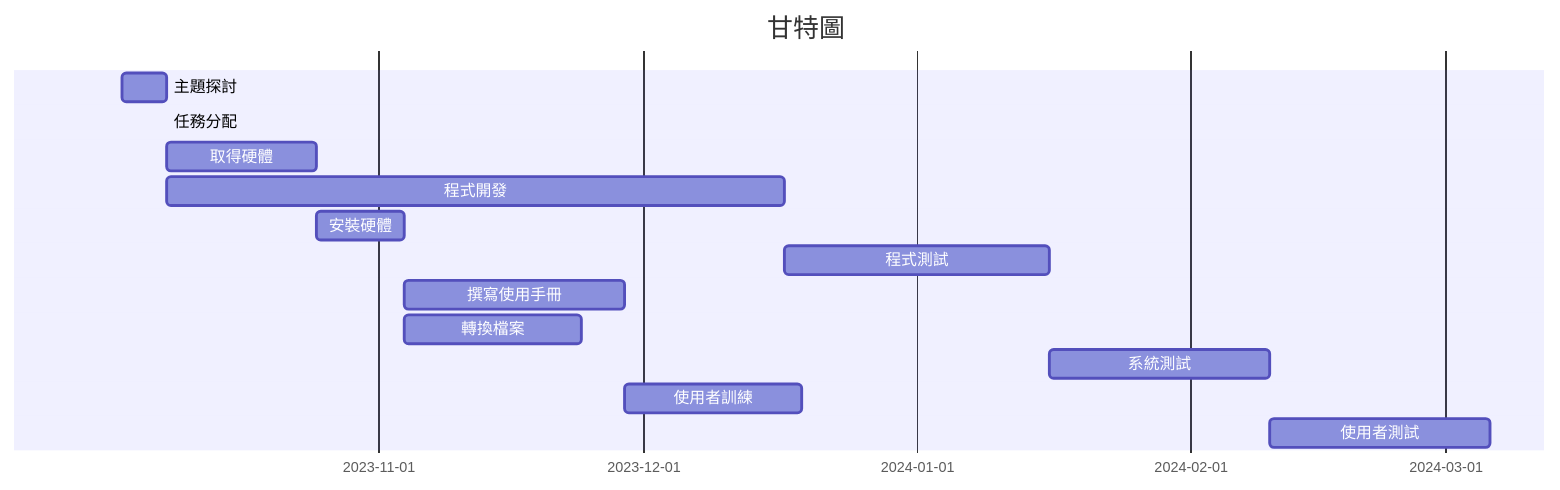
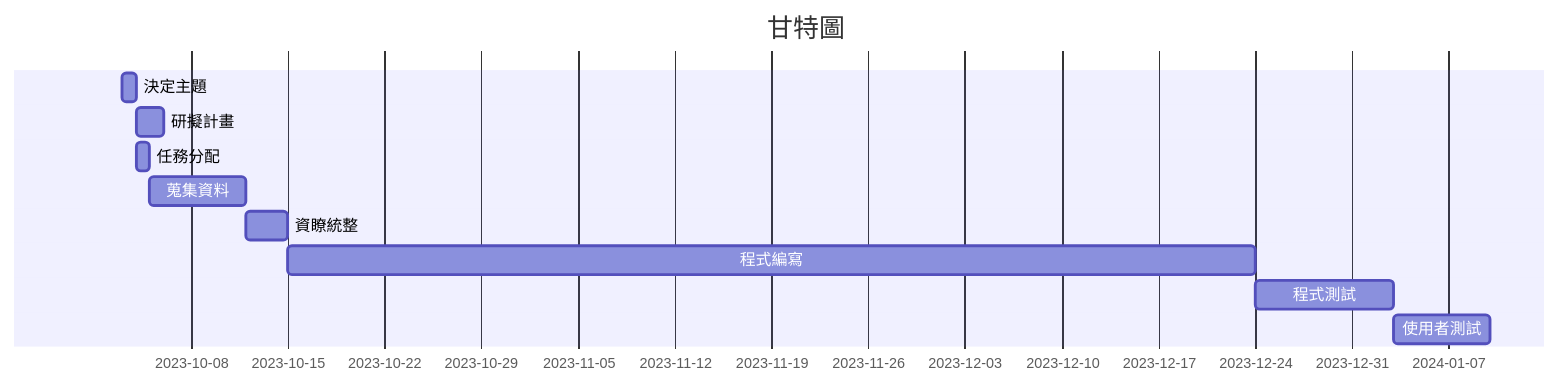
Before and after one commit to xitongfenxi/0926: the diagram in hw2.md, drawn with Mermaid. The commit also changed other lines of this file, not shown here.

````diff
--- a/hw2.md
+++ b/hw2.md
@@ -5,15 +15,12 @@
 ```mermaid
 gantt
     title 甘特圖
-　　主題探討     : a1 , 2023-10-03 , 5d
-    任務分配     : a2 , after a1 , ???d
-    取得硬體     : a3 , after a1 , 17d
-    程式開發     : a4 , after a2 , 70d
-    安裝硬體     : a5 , after a3 , 10d
-    程式測試     : a6 , after a4 , 30d
-    撰寫使用手冊  : a7 , after a5 , 25d
-    轉換檔案     : a8 , after a5 , 20d
-    系統測試     : a9 , after a6 , 25d
-    使用者訓練   : a10 , after a7 a8 ,20d
-    使用者測試   : a11 , after a9 a10 ,25d
+　　決定主題     : a1 , 2023-10-03 , 1d
+    研擬計畫     : a2 , after a1 , 2d
+    任務分配     : a3 , after a1 , 1d
+    蒐集資料     : a4 , after a3 , 7d
+    資瞭統整     : a5 , after a4 , 3d
+    程式編寫     : a6 , after a5 , 70d
+    程式測試     : a7 , after a6 , 10d
+    使用者測試   : a8 , after a7 ,7d
 ```
````
